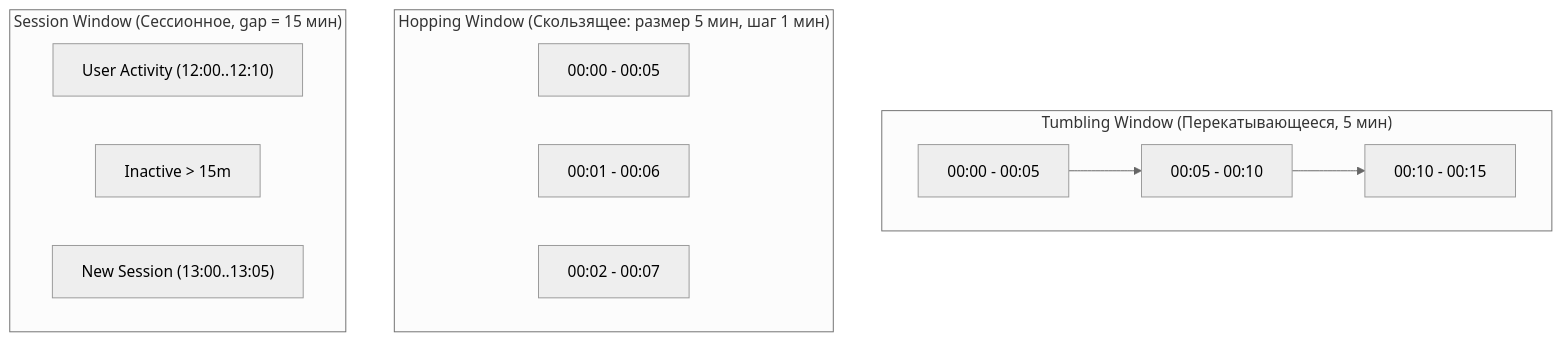
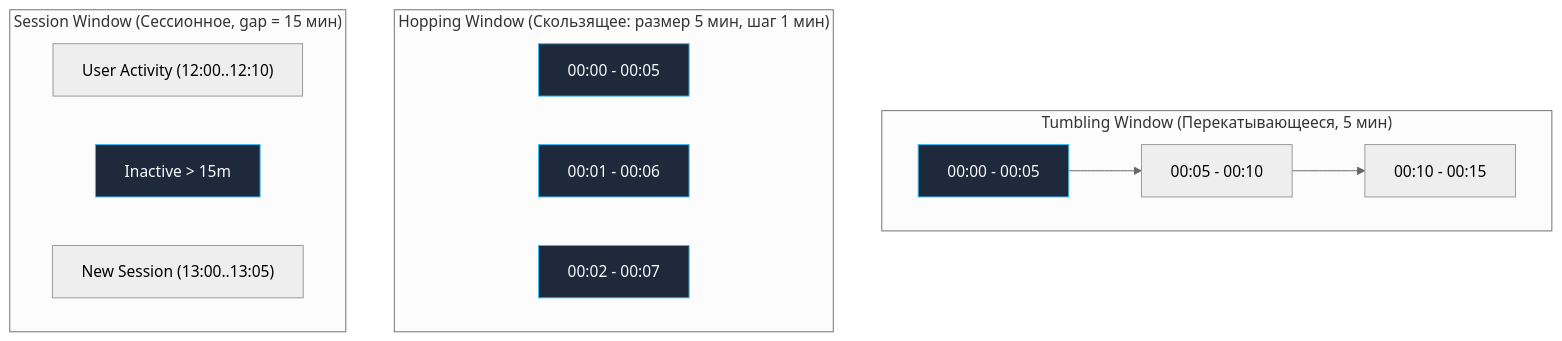
One commit to UnrealTemplier/go-textbook changed the third of 4 diagrams in sources/13. Очереди, брокеры сообщений и оркестраторы/03. Kafka/9. Kafka Streams.md. Above: the diagram before and after it, drawn with Mermaid (neutral theme). The commit also changed other lines of this file and 1666 other files, not shown here.

First line of the commit message:
feat(mermaid): add semantic color classDef to 1369 colorless flowchart/graph diagrams

````diff
--- a/sources/13. Очереди, брокеры сообщений и оркестраторы/03. Kafka/9. Kafka Streams.md
+++ b/sources/13. Очереди, брокеры сообщений и оркестраторы/03. Kafka/9. Kafka Streams.md
@@ -101,21 +121,31 @@
 ```mermaid
 flowchart TD
+    classDef process  fill:#1e293b,stroke:#38bdf8,stroke-width:1px,color:#f8fafc
+    classDef success  fill:#064e3b,stroke:#34d399,stroke-width:1px,color:#f8fafc
+    classDef error    fill:#7f1d1d,stroke:#f87171,stroke-width:1px,color:#f8fafc
+    classDef warning  fill:#78350f,stroke:#fbbf24,stroke-width:1px,color:#f8fafc
+    classDef entry    fill:#1e3a5f,stroke:#38bdf8,stroke-width:2px,color:#f8fafc
+    classDef aux      fill:#334155,stroke:#64748b,stroke-width:1px,color:#f8fafc
+    classDef system   fill:#312e81,stroke:#a78bfa,stroke-width:1px,color:#f8fafc
+    classDef data     fill:#132d29,stroke:#2dd4bf,stroke-width:1px,color:#f8fafc
+    classDef network  fill:#881337,stroke:#fb7185,stroke-width:1px,color:#f8fafc
+    classDef accent   fill:#1e1b4b,stroke:#818cf8,stroke-width:1px,color:#f8fafc
     subgraph Tumbling["Tumbling Window (Перекатывающееся, 5 мин)"]
         direction LR
-        TW1["00:00 - 00:05"] --> TW2["00:05 - 00:10"] --> TW3["00:10 - 00:15"]
+        TW1["00:00 - 00:05"]:::process --> TW2["00:05 - 00:10"] --> TW3["00:10 - 00:15"]
     end
 
     subgraph Hopping["Hopping Window (Скользящее: размер 5 мин, шаг 1 мин)"]
         direction LR
-        HW1["00:00 - 00:05"]
-        HW2["00:01 - 00:06"]
-        HW3["00:02 - 00:07"]
+        HW1["00:00 - 00:05"]:::process
+        HW2["00:01 - 00:06"]:::process
+        HW3["00:02 - 00:07"]:::process
     end
 
     subgraph Session["Session Window (Сессионное, gap = 15 мин)"]
         direction LR
         SW1["User Activity (12:00..12:10)"]
-        SW2["Inactive > 15m"]
+        SW2["Inactive > 15m"]:::process
         SW3["New Session (13:00..13:05)"]
     end
 ```
````
